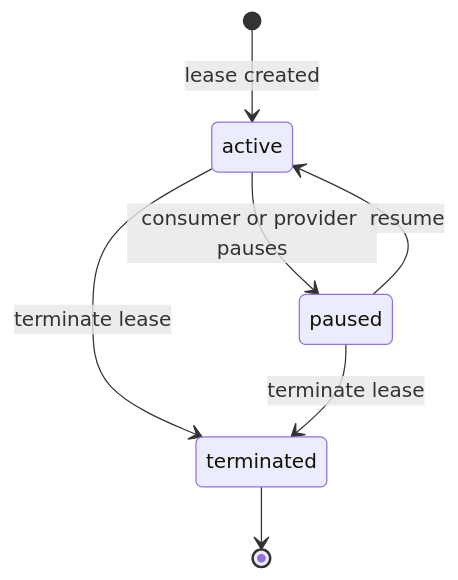
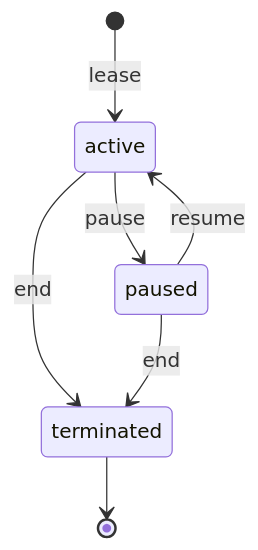
One commit to claw-network/clawnet changed the sixth of 7 diagrams in packages/docs/content/docs/getting-started/core-concepts/markets.md. Above: the diagram before and after it, drawn with Mermaid. The commit also changed other lines of this file and 14 other files, not shown here.

First line of the commit message:
Refactor diagrams and improve clarity in DAO, Identity, Markets, Reputation, Service Contracts, and Wallet documentation

````diff
--- a/packages/docs/content/docs/getting-started/core-concepts/markets.md
+++ b/packages/docs/content/docs/getting-started/core-concepts/markets.md
@@ -169,9 +164,9 @@
 ```mermaid
 stateDiagram-v2
-    [*] --> active: lease created
-    active --> paused: consumer or provider pauses
-    paused --> active: resume
-    active --> terminated: terminate lease
-    paused --> terminated: terminate lease
+    [*] --> active : lease
+    active --> paused : pause
+    paused --> active : resume
+    active --> terminated : end
+    paused --> terminated : end
     terminated --> [*]
 ```
````
